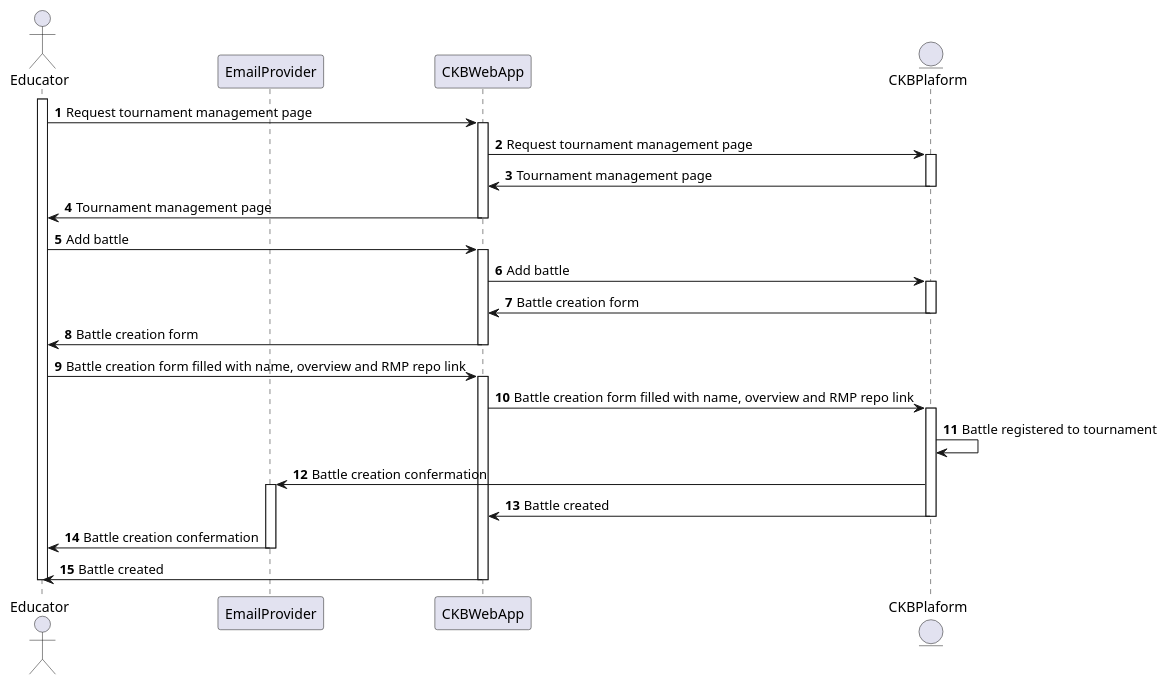
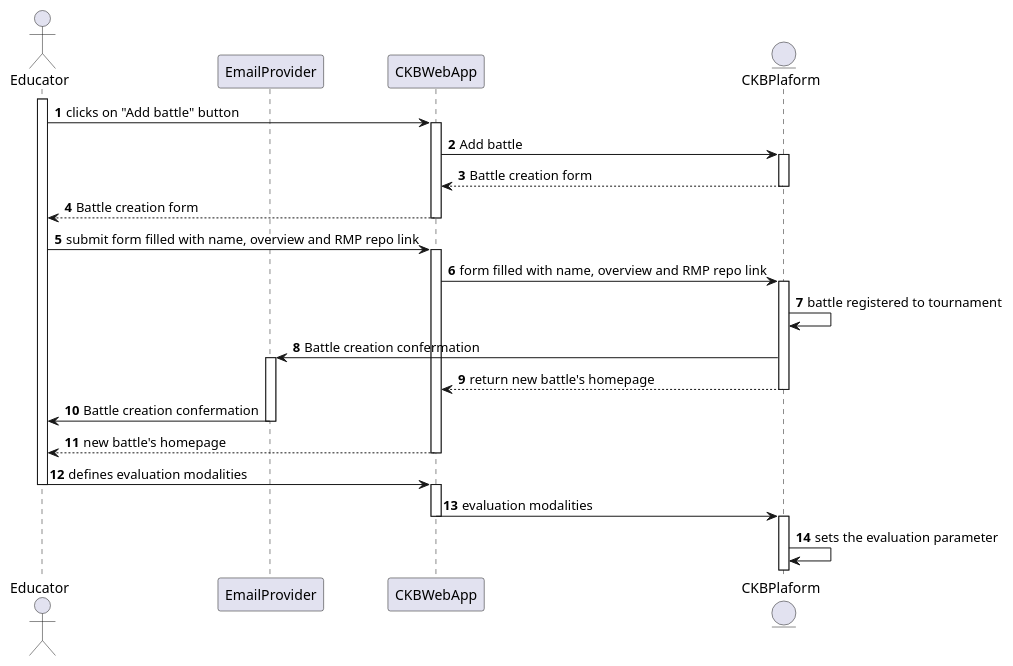
The diagram in _RASD/Images/UML/sequenceDiagram/sequenceDiagramUC6.wsd (Angelo7672/SE2_Requirement-and-Design-Document), drawn with PlantUML before and after one commit. The commit also changed 24 other files, not shown here.

Commit message:
sequence diagram fix

```diff
--- a/_RASD/Images/UML/sequenceDiagram/sequenceDiagramUC6.wsd
+++ b/_RASD/Images/UML/sequenceDiagram/sequenceDiagramUC6.wsd
@@ -1,43 +1,40 @@
 @startuml
 
 autonumber
 
 actor Educator
 participant EmailProvider as Email
 participant CKBWebApp as App
 entity CKBPlaform as Platform
 
 activate Educator
-Educator -> App: Request tournament management page
-activate App
-App -> Platform: Request tournament management page
-activate Platform
-Platform -> App: Tournament management page
-deactivate Platform
-App -> Educator: Tournament management page
-deactivate App
-Educator -> App: Add battle
+Educator -> App: clicks on "Add battle" button
 activate App
 App -> Platform: Add battle
 activate Platform
-Platform -> App: Battle creation form
+Platform --> App: Battle creation form
 deactivate Platform
-App -> Educator: Battle creation form
+App --> Educator: Battle creation form
 deactivate App
-Educator -> App: Battle creation form filled with name, overview and RMP repo link
+Educator -> App: submit form filled with name, overview and RMP repo link
 activate App
-App -> Platform: Battle creation form filled with name, overview and RMP repo link
+App -> Platform: form filled with name, overview and RMP repo link
 activate Platform
-Platform -> Platform: Battle registered to tournament
+Platform -> Platform: battle registered to tournament
 Platform -> Email: Battle creation confermation
 activate Email
-Platform -> App: Battle created
+Platform --> App: return new battle's homepage
 deactivate Platform
 Email -> Educator: Battle creation confermation
 deactivate Email
-App -> Educator: Battle created
+App --> Educator: new battle's homepage
 deactivate App
+Educator -> App: defines evaluation modalities
 deactivate Educator
-
+activate App
+App -> Platform: evaluation modalities
+deactivate App
+activate Platform
+Platform -> Platform: sets the evaluation parameter
 
 @enduml
```
